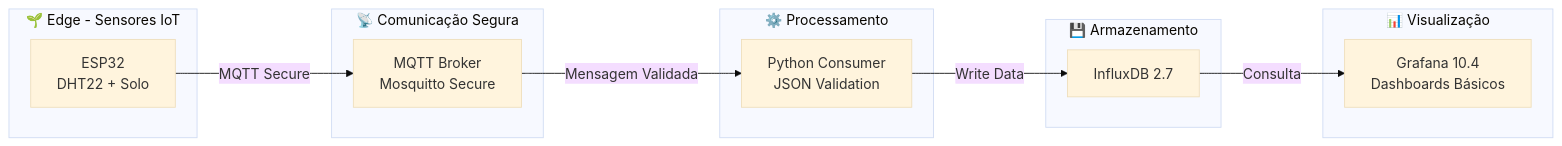
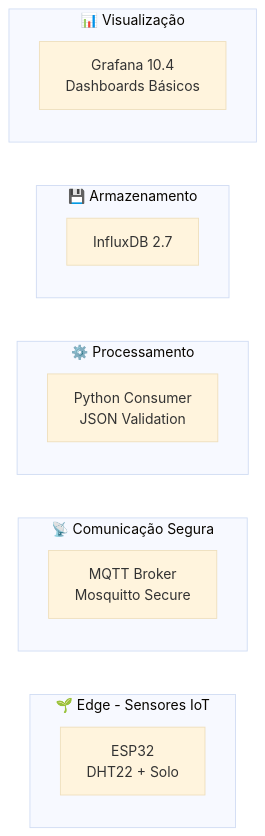
The diagram in README.md (GustavoFelipe85/smart-farm-iot-system), drawn with Mermaid (base theme) before and after one commit. The commit also changed other lines of this file, not shown here.

````diff
--- a/README.md
+++ b/README.md
@@ -43,28 +43,23 @@
 ```mermaid
 flowchart LR
   subgraph EDGE[🌱 Edge - Sensores IoT]
     ESP[ESP32<br/>DHT22 + Solo]
   end
 
   subgraph COMM[📡 Comunicação Segura]
     MQ[MQTT Broker<br/>Mosquitto Secure]
   end
 
   subgraph PROC[⚙️ Processamento]
     PY[Python Consumer<br/>JSON Validation]
   end
 
   subgraph DB[💾 Armazenamento]
     INF[InfluxDB 2.7]
   end
 
   subgraph VIS[📊 Visualização]
     GF[Grafana 10.4<br/>Dashboards Básicos]
   end
 
-  ESP -->|MQTT Secure| MQ
-  MQ -->|Mensagem Validada| PY
-  PY -->|Write Data| INF
-  INF -->|Consulta| GF
-
 ```
````
